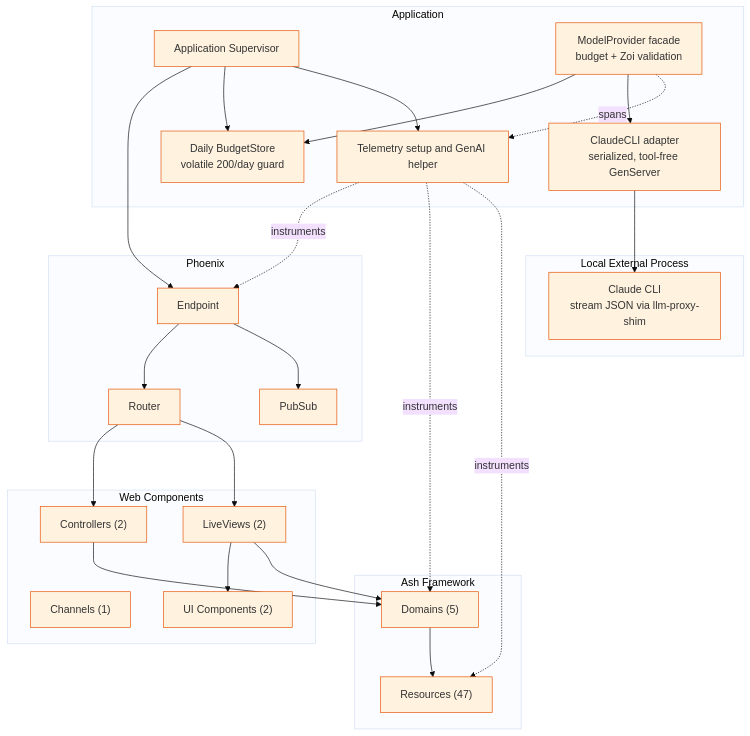
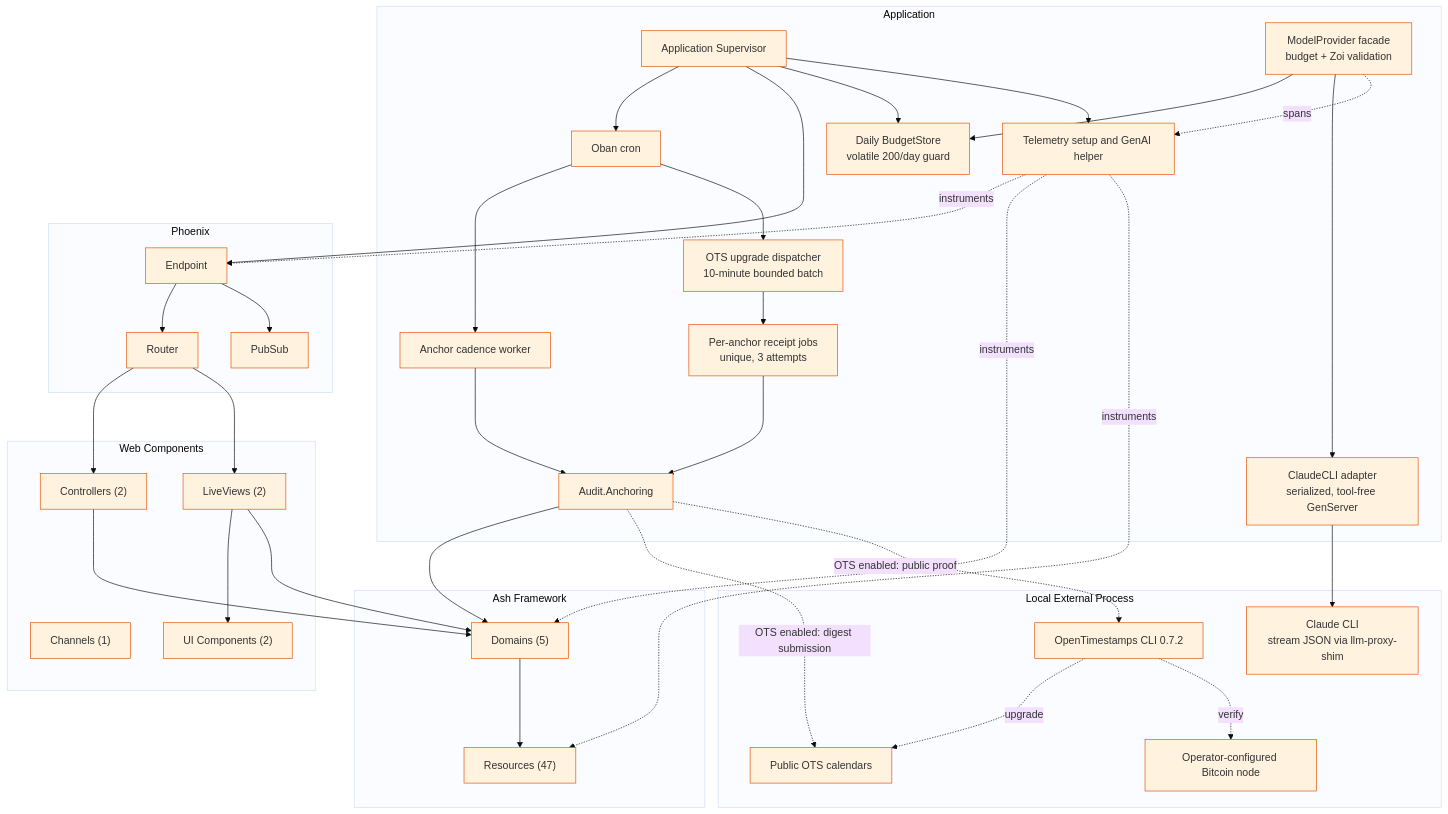
The diagram in docs/architecture/components.md (chops/sdr_agent), drawn with Mermaid before and after one commit. The commit also changed other lines of this file and 16 other files, not shown here.

Commit message:
Enable OTS anchoring and bounded proof upgrades

````diff
--- a/docs/architecture/components.md
+++ b/docs/architecture/components.md
@@ -9,52 +9,71 @@
 ```mermaid
 %%{init: {'theme': 'base', 'themeVariables': { 'primaryColor': '#fff3e0', 'primaryBorderColor': '#e65100'}}}%%
 graph TB
     subgraph Application["Application"]
         App[Application Supervisor]
         Budget[Daily BudgetStore<br/>volatile 200/day guard]
         ModelProvider[ModelProvider facade<br/>budget + Zoi validation]
         ClaudeCLIAdapter[ClaudeCLI adapter<br/>serialized, tool-free GenServer]
         Telemetry[Telemetry setup and GenAI helper]
+        Oban[Oban cron]
+        Cadence[Anchor cadence worker]
+        UpgradeDispatch[OTS upgrade dispatcher<br/>10-minute bounded batch]
+        UpgradeJobs[Per-anchor receipt jobs<br/>unique, 3 attempts]
+        Anchoring[Audit.Anchoring]
     end
 
     subgraph Phoenix["Phoenix"]
         Endpoint[Endpoint]
         Router[Router]
         PubSub[PubSub]
     end
 
     subgraph Web["Web Components"]
         Controllers["Controllers (2)"]
         LiveViews["LiveViews (2)"]
         Channels["Channels (1)"]
         UIComponents["UI Components (2)"]
     end
 
     subgraph Ash["Ash Framework"]
         Domains["Domains (5)"]
         Resources["Resources (47)"]
     end
 
     subgraph External["Local External Process"]
         Claude[Claude CLI<br/>stream JSON via llm-proxy-shim]
+        OTSCLI[OpenTimestamps CLI 0.7.2]
+        OTSCalendars[Public OTS calendars]
+        Bitcoin[Operator-configured Bitcoin node]
     end
 
+    App --> Oban
+    Oban --> Cadence
+    Oban --> UpgradeDispatch
+    UpgradeDispatch --> UpgradeJobs
+    Cadence --> Anchoring
+    UpgradeJobs --> Anchoring
+    Anchoring --> Domains
+    Anchoring -. OTS enabled: digest submission .-> OTSCalendars
+    Anchoring -. OTS enabled: public proof .-> OTSCLI
+    OTSCLI -. upgrade .-> OTSCalendars
+    OTSCLI -. verify .-> Bitcoin
     App --> Endpoint
     App --> Budget
     App --> Telemetry
     ModelProvider --> Budget
     ModelProvider --> ClaudeCLIAdapter
     ModelProvider -. spans .-> Telemetry
     ClaudeCLIAdapter --> Claude
     Endpoint --> Router
     Endpoint --> PubSub
     Router --> Controllers
     Router --> LiveViews
     LiveViews --> UIComponents
     Controllers --> Domains
     LiveViews --> Domains
     Domains --> Resources
     Telemetry -. instruments .-> Endpoint
     Telemetry -. instruments .-> Domains
     Telemetry -. instruments .-> Resources
 ```
````
